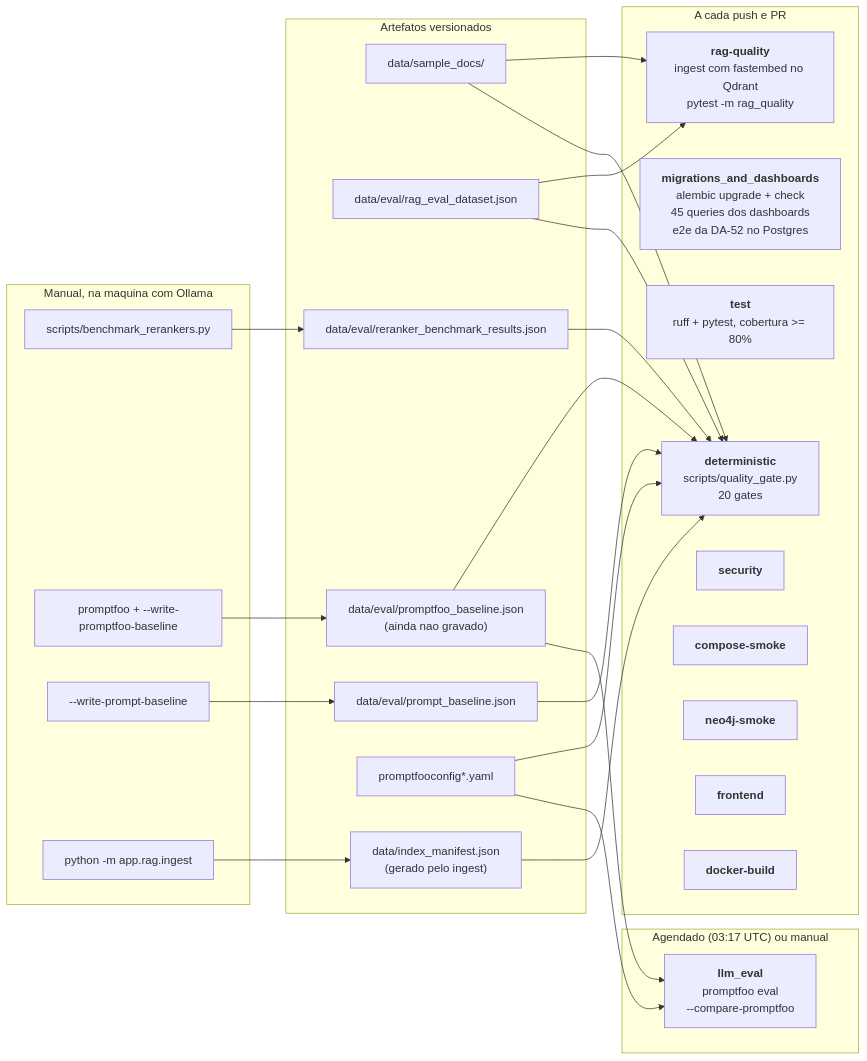
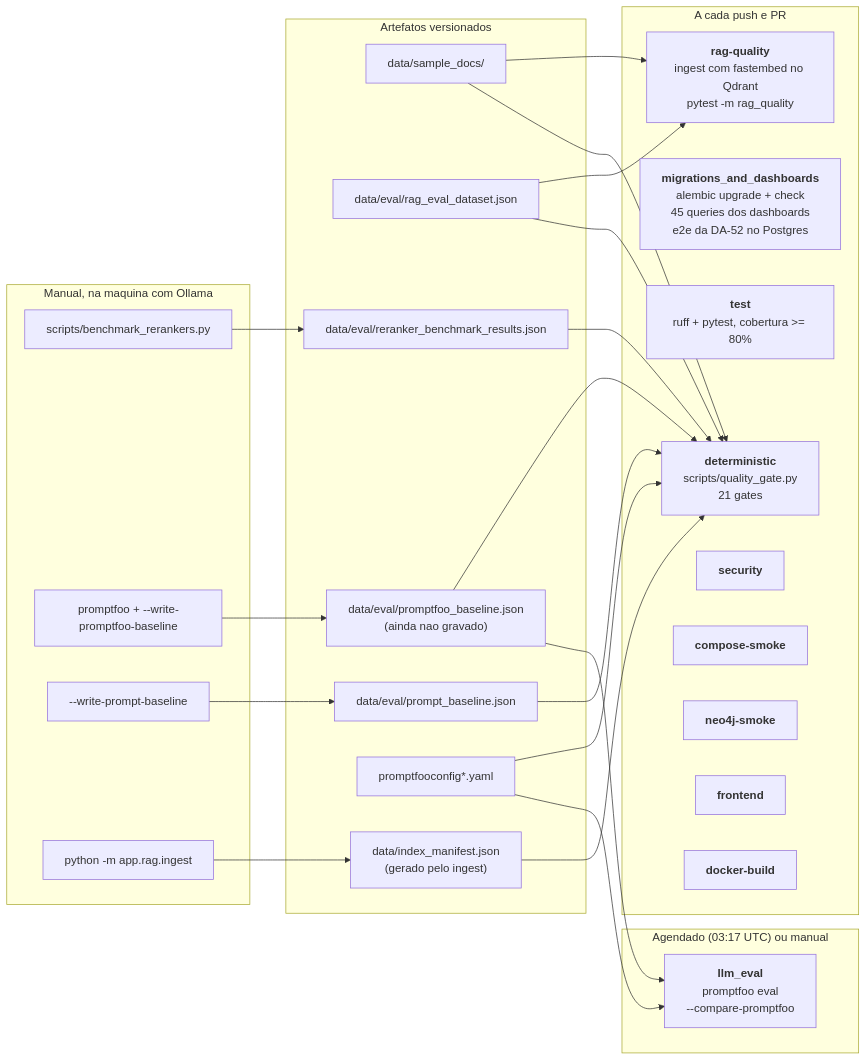
One commit to marcos-slima/integration-incident-copilot changed the diagram in docs/QUALITY_GATES.md. Above: the diagram before and after it, drawn with Mermaid. The commit also changed other lines of this file and 10 other files, not shown here.

````diff
--- a/docs/QUALITY_GATES.md
+++ b/docs/QUALITY_GATES.md
@@ -41,51 +42,51 @@
 ```mermaid
 flowchart LR
     subgraph artefatos["Artefatos versionados"]
         docs["data/sample_docs/"]
         ds["data/eval/rag_eval_dataset.json"]
         rb["data/eval/reranker_benchmark_results.json"]
         pb["data/eval/prompt_baseline.json"]
         fb["data/eval/promptfoo_baseline.json<br/>(ainda nao gravado)"]
         cfg["promptfooconfig*.yaml"]
         mf["data/index_manifest.json<br/>(gerado pelo ingest)"]
     end
 
     subgraph pr["A cada push e PR"]
-        det["<b>deterministic</b><br/>scripts/quality_gate.py<br/>20 gates"]
+        det["<b>deterministic</b><br/>scripts/quality_gate.py<br/>21 gates"]
         mig["<b>migrations_and_dashboards</b><br/>alembic upgrade + check<br/>45 queries dos dashboards<br/>e2e da DA-52 no Postgres"]
         tst["<b>test</b><br/>ruff + pytest, cobertura >= 80%"]
         rq["<b>rag-quality</b><br/>ingest com fastembed no Qdrant<br/>pytest -m rag_quality"]
         sec["<b>security</b>"]
         cs["<b>compose-smoke</b>"]
         n4["<b>neo4j-smoke</b>"]
         fe["<b>frontend</b>"]
         db["<b>docker-build</b>"]
     end
 
     subgraph agenda["Agendado (03:17 UTC) ou manual"]
         llm["<b>llm_eval</b><br/>promptfoo eval<br/>--compare-promptfoo"]
     end
 
     subgraph manual["Manual, na maquina com Ollama"]
         bm["scripts/benchmark_rerankers.py"]
         pf["promptfoo + --write-promptfoo-baseline"]
         pd["--write-prompt-baseline"]
         ing["python -m app.rag.ingest"]
     end
 
     docs --> rq
     ds --> rq
     ds --> det
     docs --> det
     rb --> det
     pb --> det
     cfg --> det
     fb --> det
     mf --> det
     cfg --> llm
     fb --> llm
     bm --> rb
     pf --> fb
     pd --> pb
     ing --> mf
 ```
````
